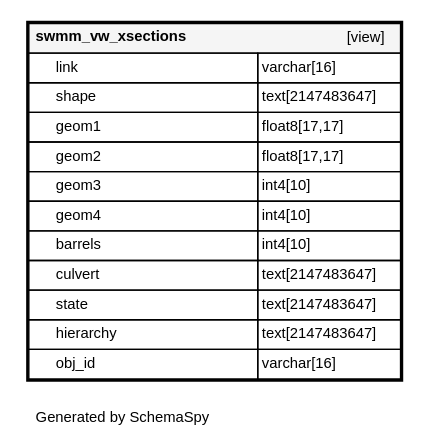
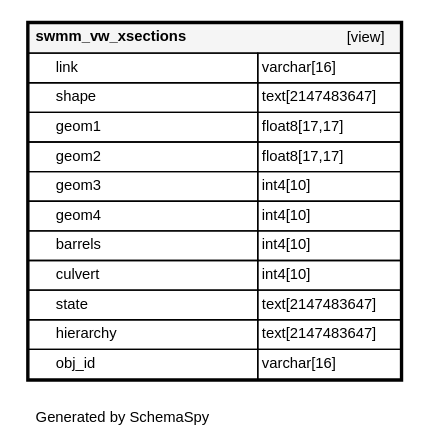
The diagram in fr/_static/datamodel/tww_app/diagrams/tables/swmm_vw_xsections.1degree.dot (teksi/wastewater), drawn with Graphviz before and after one commit. The commit also changed 77 other files, not shown here.

```diff
--- a/fr/_static/datamodel/tww_app/diagrams/tables/swmm_vw_xsections.1degree.dot
+++ b/fr/_static/datamodel/tww_app/diagrams/tables/swmm_vw_xsections.1degree.dot
@@ -1,23 +1,23 @@
 digraph "oneDegreeRelationshipsDiagram" {
   graph [    rankdir="RL"    bgcolor="#ffffff"    label="\nGenerated by SchemaSpy"    labeljust="l"    nodesep="0.18"    ranksep="0.46"    fontname="Helvetica"    fontsize="11"    packmode="graph"  ];  node [    fontname="Helvetica"    fontsize="11"    shape="plaintext"  ];  edge [    arrowsize="0.8"  ];
   "swmm_vw_xsections" [
    label=<
     <TABLE BORDER="2" CELLBORDER="1" CELLSPACING="0" BGCOLOR="#ffffff">
       <TR><TD COLSPAN="4"  BGCOLOR="#f5f5f5"><TABLE BORDER="0" CELLSPACING="0"><TR><TD ALIGN="LEFT" FIXEDSIZE="TRUE" WIDTH="149" HEIGHT="16"><B>swmm_vw_xsections</B></TD><TD ALIGN="RIGHT">[view]</TD></TR></TABLE></TD></TR>
       <TR><TD PORT="link" COLSPAN="2" ALIGN="LEFT"><TABLE BORDER="0" CELLSPACING="0" ALIGN="LEFT"><TR ALIGN="LEFT"><TD ALIGN="LEFT" FIXEDSIZE="TRUE" WIDTH="15" HEIGHT="16"></TD><TD ALIGN="LEFT" FIXEDSIZE="TRUE" WIDTH="149" HEIGHT="16">link</TD></TR></TABLE></TD><TD PORT="link.type" ALIGN="LEFT">varchar[16]</TD></TR>
       <TR><TD PORT="shape" COLSPAN="2" ALIGN="LEFT"><TABLE BORDER="0" CELLSPACING="0" ALIGN="LEFT"><TR ALIGN="LEFT"><TD ALIGN="LEFT" FIXEDSIZE="TRUE" WIDTH="15" HEIGHT="16"></TD><TD ALIGN="LEFT" FIXEDSIZE="TRUE" WIDTH="149" HEIGHT="16">shape</TD></TR></TABLE></TD><TD PORT="shape.type" ALIGN="LEFT">text[2147483647]</TD></TR>
       <TR><TD PORT="geom1" COLSPAN="2" ALIGN="LEFT"><TABLE BORDER="0" CELLSPACING="0" ALIGN="LEFT"><TR ALIGN="LEFT"><TD ALIGN="LEFT" FIXEDSIZE="TRUE" WIDTH="15" HEIGHT="16"></TD><TD ALIGN="LEFT" FIXEDSIZE="TRUE" WIDTH="149" HEIGHT="16">geom1</TD></TR></TABLE></TD><TD PORT="geom1.type" ALIGN="LEFT">float8[17,17]</TD></TR>
       <TR><TD PORT="geom2" COLSPAN="2" ALIGN="LEFT"><TABLE BORDER="0" CELLSPACING="0" ALIGN="LEFT"><TR ALIGN="LEFT"><TD ALIGN="LEFT" FIXEDSIZE="TRUE" WIDTH="15" HEIGHT="16"></TD><TD ALIGN="LEFT" FIXEDSIZE="TRUE" WIDTH="149" HEIGHT="16">geom2</TD></TR></TABLE></TD><TD PORT="geom2.type" ALIGN="LEFT">float8[17,17]</TD></TR>
       <TR><TD PORT="geom3" COLSPAN="2" ALIGN="LEFT"><TABLE BORDER="0" CELLSPACING="0" ALIGN="LEFT"><TR ALIGN="LEFT"><TD ALIGN="LEFT" FIXEDSIZE="TRUE" WIDTH="15" HEIGHT="16"></TD><TD ALIGN="LEFT" FIXEDSIZE="TRUE" WIDTH="149" HEIGHT="16">geom3</TD></TR></TABLE></TD><TD PORT="geom3.type" ALIGN="LEFT">int4[10]</TD></TR>
       <TR><TD PORT="geom4" COLSPAN="2" ALIGN="LEFT"><TABLE BORDER="0" CELLSPACING="0" ALIGN="LEFT"><TR ALIGN="LEFT"><TD ALIGN="LEFT" FIXEDSIZE="TRUE" WIDTH="15" HEIGHT="16"></TD><TD ALIGN="LEFT" FIXEDSIZE="TRUE" WIDTH="149" HEIGHT="16">geom4</TD></TR></TABLE></TD><TD PORT="geom4.type" ALIGN="LEFT">int4[10]</TD></TR>
       <TR><TD PORT="barrels" COLSPAN="2" ALIGN="LEFT"><TABLE BORDER="0" CELLSPACING="0" ALIGN="LEFT"><TR ALIGN="LEFT"><TD ALIGN="LEFT" FIXEDSIZE="TRUE" WIDTH="15" HEIGHT="16"></TD><TD ALIGN="LEFT" FIXEDSIZE="TRUE" WIDTH="149" HEIGHT="16">barrels</TD></TR></TABLE></TD><TD PORT="barrels.type" ALIGN="LEFT">int4[10]</TD></TR>
-      <TR><TD PORT="culvert" COLSPAN="2" ALIGN="LEFT"><TABLE BORDER="0" CELLSPACING="0" ALIGN="LEFT"><TR ALIGN="LEFT"><TD ALIGN="LEFT" FIXEDSIZE="TRUE" WIDTH="15" HEIGHT="16"></TD><TD ALIGN="LEFT" FIXEDSIZE="TRUE" WIDTH="149" HEIGHT="16">culvert</TD></TR></TABLE></TD><TD PORT="culvert.type" ALIGN="LEFT">text[2147483647]</TD></TR>
+      <TR><TD PORT="culvert" COLSPAN="2" ALIGN="LEFT"><TABLE BORDER="0" CELLSPACING="0" ALIGN="LEFT"><TR ALIGN="LEFT"><TD ALIGN="LEFT" FIXEDSIZE="TRUE" WIDTH="15" HEIGHT="16"></TD><TD ALIGN="LEFT" FIXEDSIZE="TRUE" WIDTH="149" HEIGHT="16">culvert</TD></TR></TABLE></TD><TD PORT="culvert.type" ALIGN="LEFT">int4[10]</TD></TR>
       <TR><TD PORT="state" COLSPAN="2" ALIGN="LEFT"><TABLE BORDER="0" CELLSPACING="0" ALIGN="LEFT"><TR ALIGN="LEFT"><TD ALIGN="LEFT" FIXEDSIZE="TRUE" WIDTH="15" HEIGHT="16"></TD><TD ALIGN="LEFT" FIXEDSIZE="TRUE" WIDTH="149" HEIGHT="16">state</TD></TR></TABLE></TD><TD PORT="state.type" ALIGN="LEFT">text[2147483647]</TD></TR>
       <TR><TD PORT="hierarchy" COLSPAN="2" ALIGN="LEFT"><TABLE BORDER="0" CELLSPACING="0" ALIGN="LEFT"><TR ALIGN="LEFT"><TD ALIGN="LEFT" FIXEDSIZE="TRUE" WIDTH="15" HEIGHT="16"></TD><TD ALIGN="LEFT" FIXEDSIZE="TRUE" WIDTH="149" HEIGHT="16">hierarchy</TD></TR></TABLE></TD><TD PORT="hierarchy.type" ALIGN="LEFT">text[2147483647]</TD></TR>
       <TR><TD PORT="obj_id" COLSPAN="2" ALIGN="LEFT"><TABLE BORDER="0" CELLSPACING="0" ALIGN="LEFT"><TR ALIGN="LEFT"><TD ALIGN="LEFT" FIXEDSIZE="TRUE" WIDTH="15" HEIGHT="16"></TD><TD ALIGN="LEFT" FIXEDSIZE="TRUE" WIDTH="149" HEIGHT="16">obj_id</TD></TR></TABLE></TD><TD PORT="obj_id.type" ALIGN="LEFT">varchar[16]</TD></TR>
     </TABLE>>
     URL="../../tables/swmm_vw_xsections.html"
     target="_top"
     tooltip="swmm_vw_xsections"
   ];
 }
```
